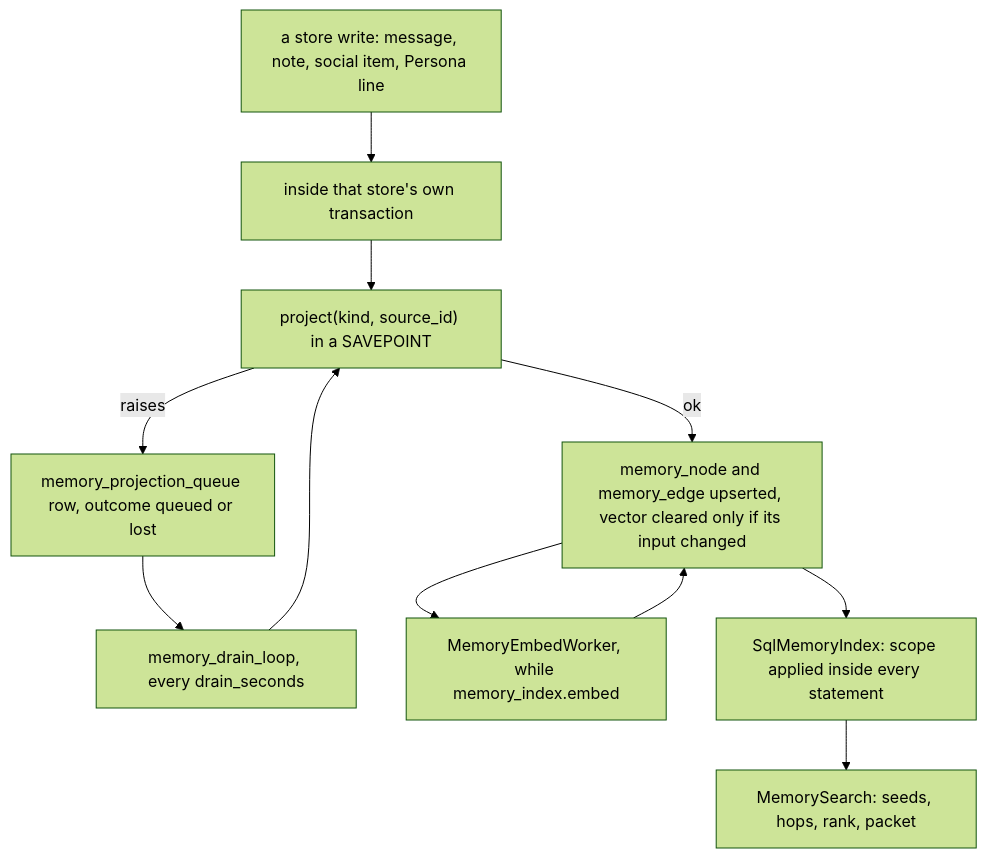
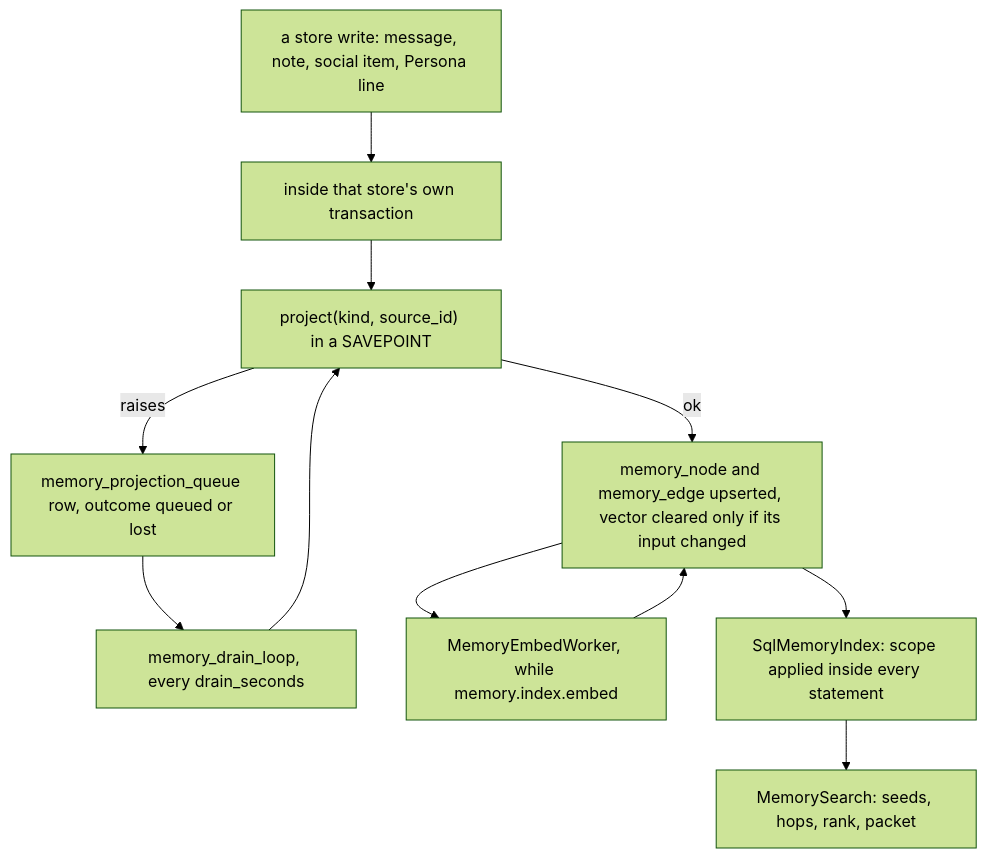
Before and after one commit to mikeng-io/nora: the first of 2 diagrams in openwiki/concepts/memory-and-record.md, drawn with Mermaid (forest theme). The commit also changed other lines of this file and 155 other files, not shown here.

````diff
--- a/openwiki/concepts/memory-and-record.md
+++ b/openwiki/concepts/memory-and-record.md
@@ -148,13 +148,13 @@
 ```mermaid
 flowchart TD
     W["a store write: message, note, social item, Persona line"] --> T["inside that store's own transaction"]
     T --> P["project(kind, source_id) in a SAVEPOINT"]
     P -->|ok| N["memory_node and memory_edge upserted, vector cleared only if its input changed"]
     P -->|raises| Q["memory_projection_queue row, outcome queued or lost"]
     Q --> D["memory_drain_loop, every drain_seconds"]
     D --> P
-    N --> E["MemoryEmbedWorker, while memory_index.embed"]
+    N --> E["MemoryEmbedWorker, while memory.index.embed"]
     E --> N
     N --> R["SqlMemoryIndex: scope applied inside every statement"]
     R --> S["MemorySearch: seeds, hops, rank, packet"]
 ```
````
